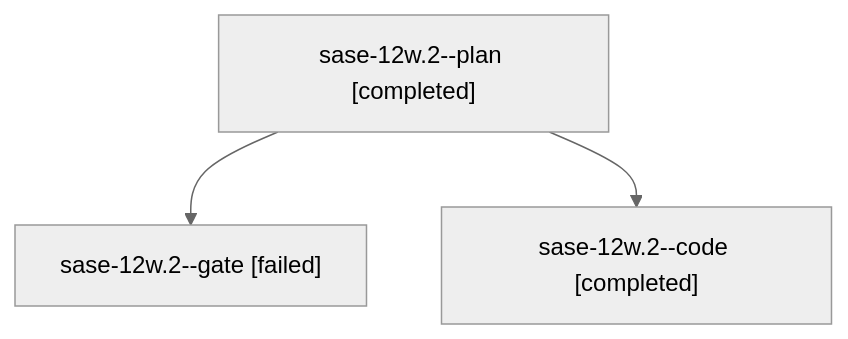
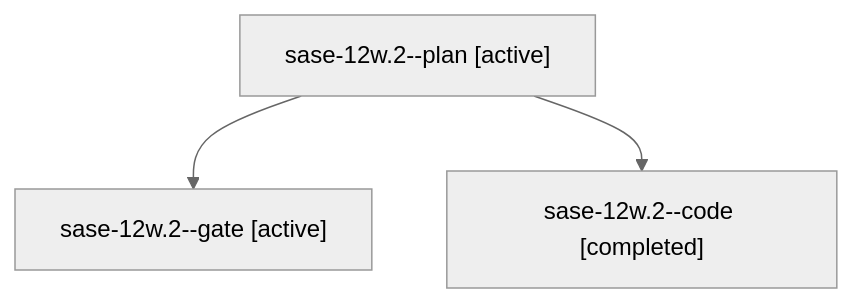
Before and after one commit to sase-org/sase--agents: the diagram in families/bbugyi200.athena.sase-12w.2.md, drawn with Mermaid (neutral theme). The commit also changed other lines of this file and 35830 other files, not shown here.

````diff
--- a/families/bbugyi200.athena.sase-12w.2.md
+++ b/families/bbugyi200.athena.sase-12w.2.md
@@ -9,8 +9,8 @@
 ```mermaid
 flowchart TD
-  n0["sase-12w.2--plan [completed]"]
-  n1["sase-12w.2--gate [failed]"]
+  n0["sase-12w.2--plan [active]"]
+  n1["sase-12w.2--gate [active]"]
   n0 --> n1
   n2["sase-12w.2--code [completed]"]
   n0 --> n2
 ```
````
